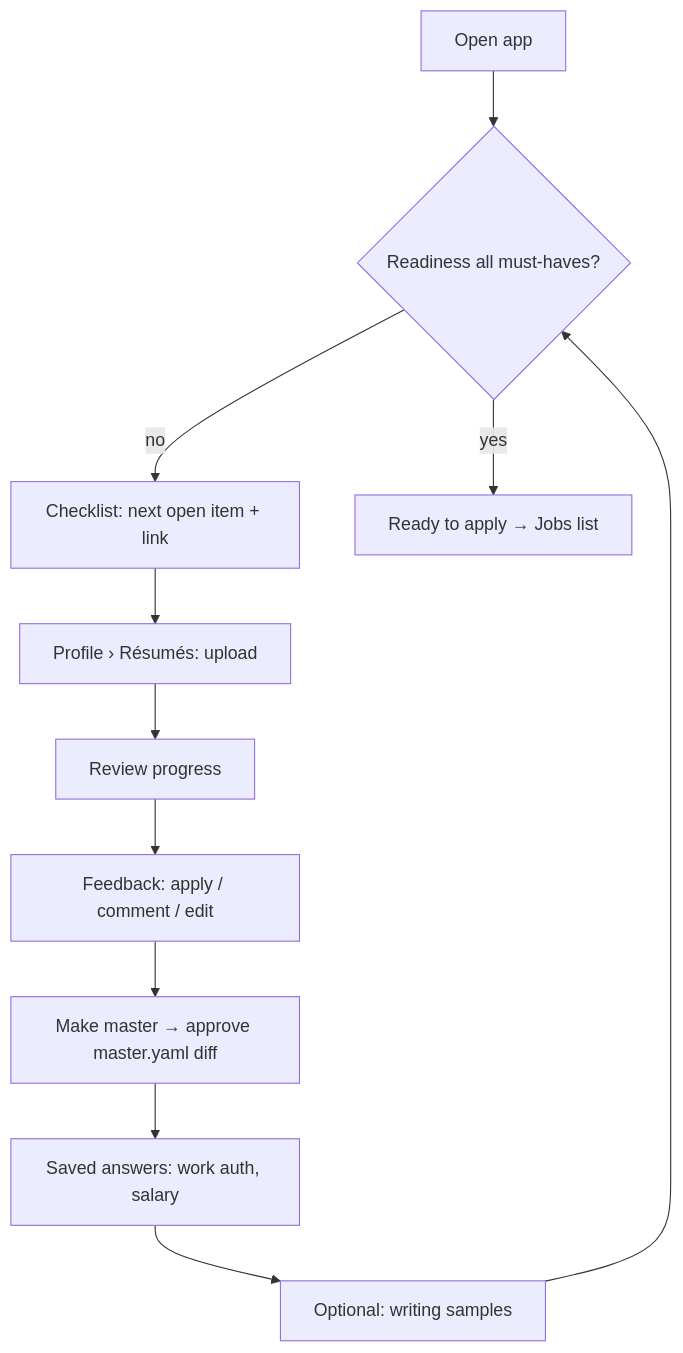
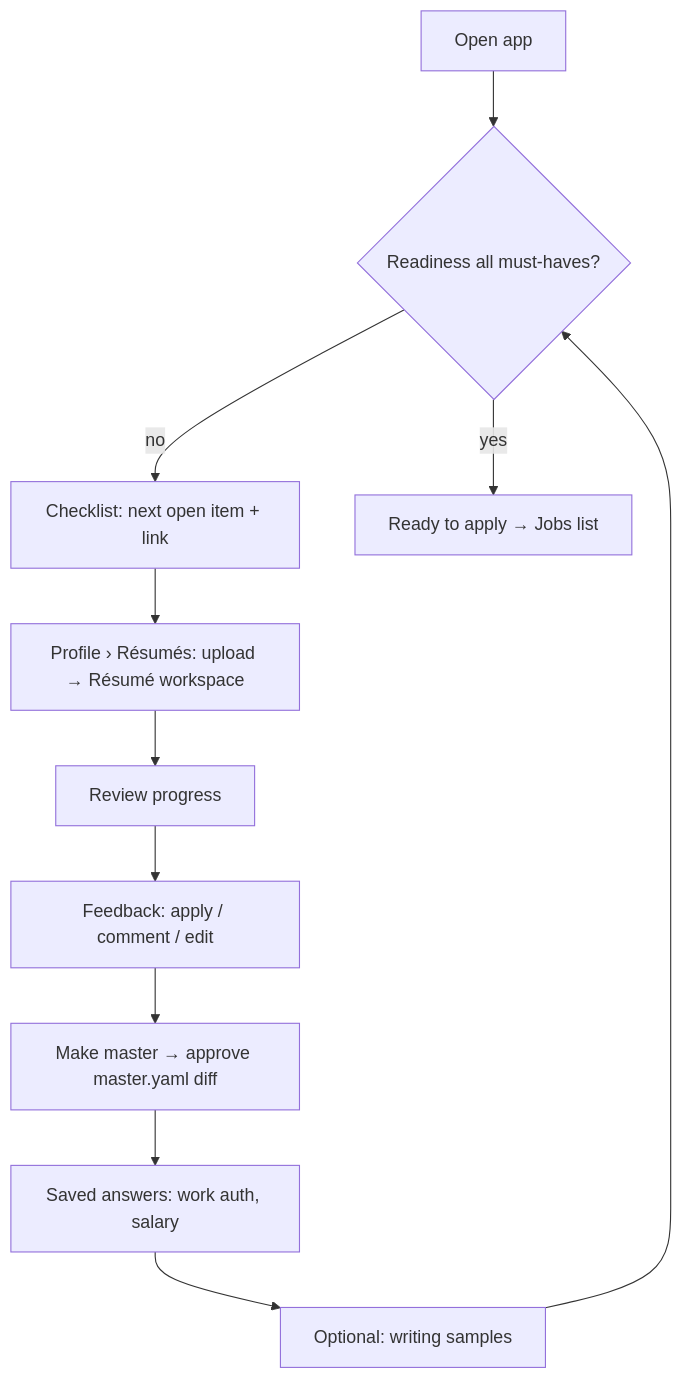
The first of 4 diagrams in docs/product/07_USER_FLOWS.md (m0hamedb3ngab5ia/career-os-template), drawn with Mermaid before and after one commit. The commit also changed 2 other files, not shown here.

Commit message:
docs(product): approve résumé workspace gate (2026-10-12)

````diff
--- a/docs/product/07_USER_FLOWS.md
+++ b/docs/product/07_USER_FLOWS.md
@@ -6,12 +6,12 @@
 ```mermaid
 flowchart TD
   A[Open app] --> B{Readiness all must-haves?}
   B -- no --> C[Checklist: next open item + link]
-  C --> D[Profile › Résumés: upload]
+  C --> D[Profile › Résumés: upload → Résumé workspace]
   D --> E[Review progress] --> F[Feedback: apply / comment / edit]
   F --> G[Make master → approve master.yaml diff]
   G --> H[Saved answers: work auth, salary]
   H --> I[Optional: writing samples]
   I --> B
   B -- yes --> J[Ready to apply → Jobs list]
 ```
````
